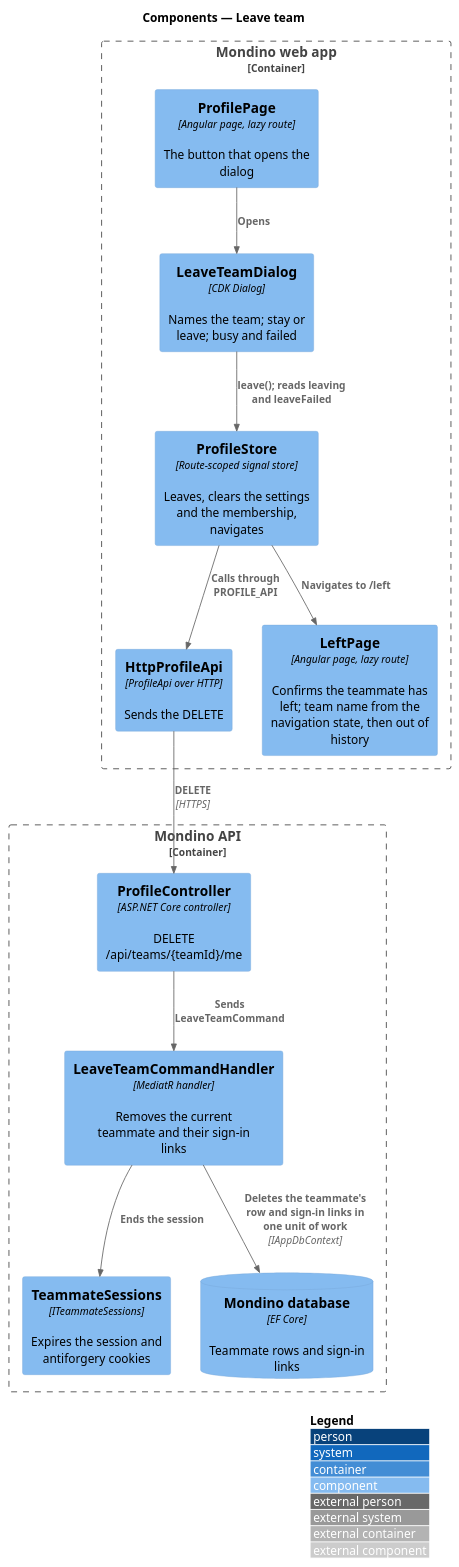
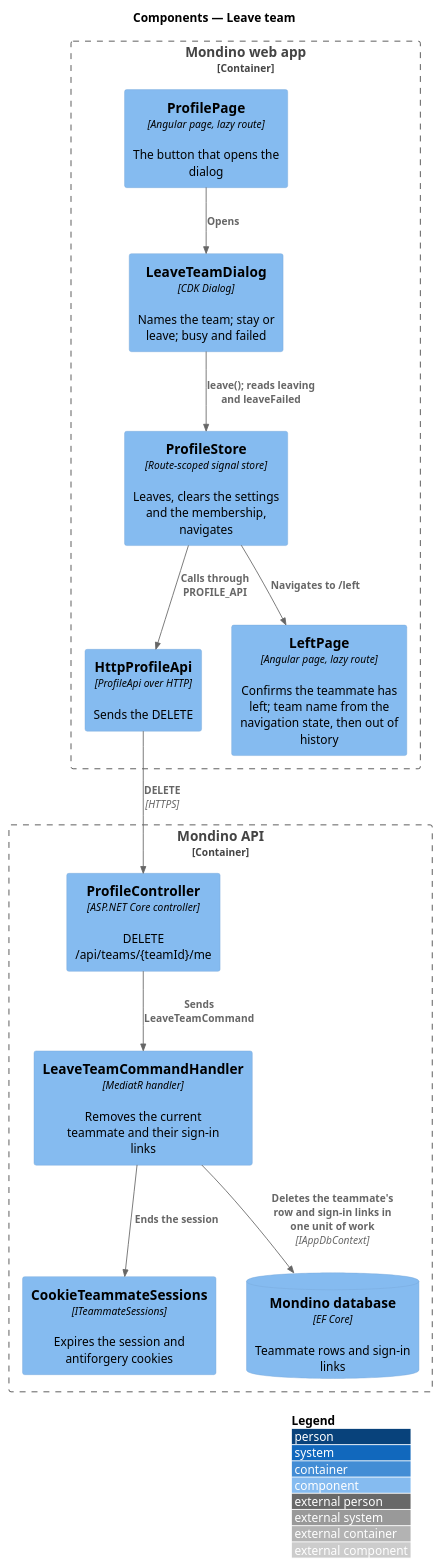
One commit to QuinntyneBrown/Mondino changed the diagram in docs/detailed-designs/profile/leave-team/diagrams/c4-component.puml. Above: the diagram before and after it, drawn with PlantUML. The commit also changed 15 other files, not shown here.

```diff
--- a/docs/detailed-designs/profile/leave-team/diagrams/c4-component.puml
+++ b/docs/detailed-designs/profile/leave-team/diagrams/c4-component.puml
@@ -1,28 +1,28 @@
 @startuml
 !include <C4/C4_Component>
 LAYOUT_WITH_LEGEND()
 title Components — Leave team
 
 Container_Boundary(spa, "Mondino web app") {
   Component(page, "ProfilePage", "Angular page, lazy route", "The button that opens the dialog")
   Component(dialog, "LeaveTeamDialog", "CDK Dialog", "Names the team; stay or leave; busy and failed")
   Component(store, "ProfileStore", "Route-scoped signal store", "Leaves, clears the settings and the membership, navigates")
   Component(client, "HttpProfileApi", "ProfileApi over HTTP", "Sends the DELETE")
   Component(left, "LeftPage", "Angular page, lazy route", "Confirms the teammate has left; team name from the navigation state, then out of history")
 }
 Container_Boundary(api, "Mondino API") {
   Component(ctrl, "ProfileController", "ASP.NET Core controller", "DELETE /api/teams/{teamId}/me")
   Component(handler, "LeaveTeamCommandHandler", "MediatR handler", "Removes the current teammate and their sign-in links")
-  Component(sessions, "TeammateSessions", "ITeammateSessions", "Expires the session and antiforgery cookies")
+  Component(sessions, "CookieTeammateSessions", "ITeammateSessions", "Expires the session and antiforgery cookies")
   ComponentDb(db, "Mondino database", "EF Core", "Teammate rows and sign-in links")
 }
 
 Rel(page, dialog, "Opens")
 Rel(dialog, store, "leave(); reads leaving and leaveFailed")
 Rel(store, client, "Calls through PROFILE_API")
 Rel(store, left, "Navigates to /left")
 Rel(client, ctrl, "DELETE", "HTTPS")
 Rel(ctrl, handler, "Sends LeaveTeamCommand")
 Rel(handler, db, "Deletes the teammate's row and sign-in links in one unit of work", "IAppDbContext")
 Rel(handler, sessions, "Ends the session")
 @enduml
```
